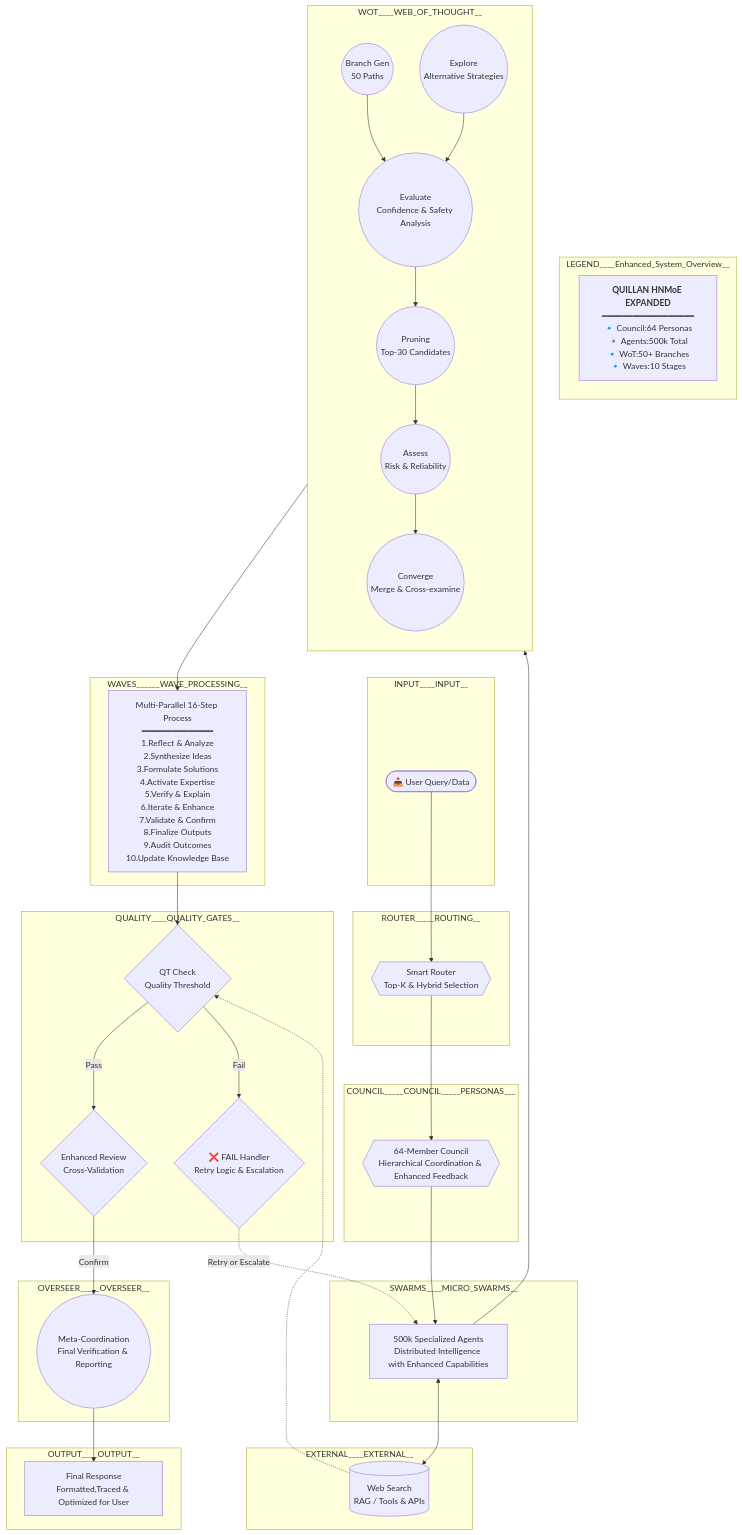
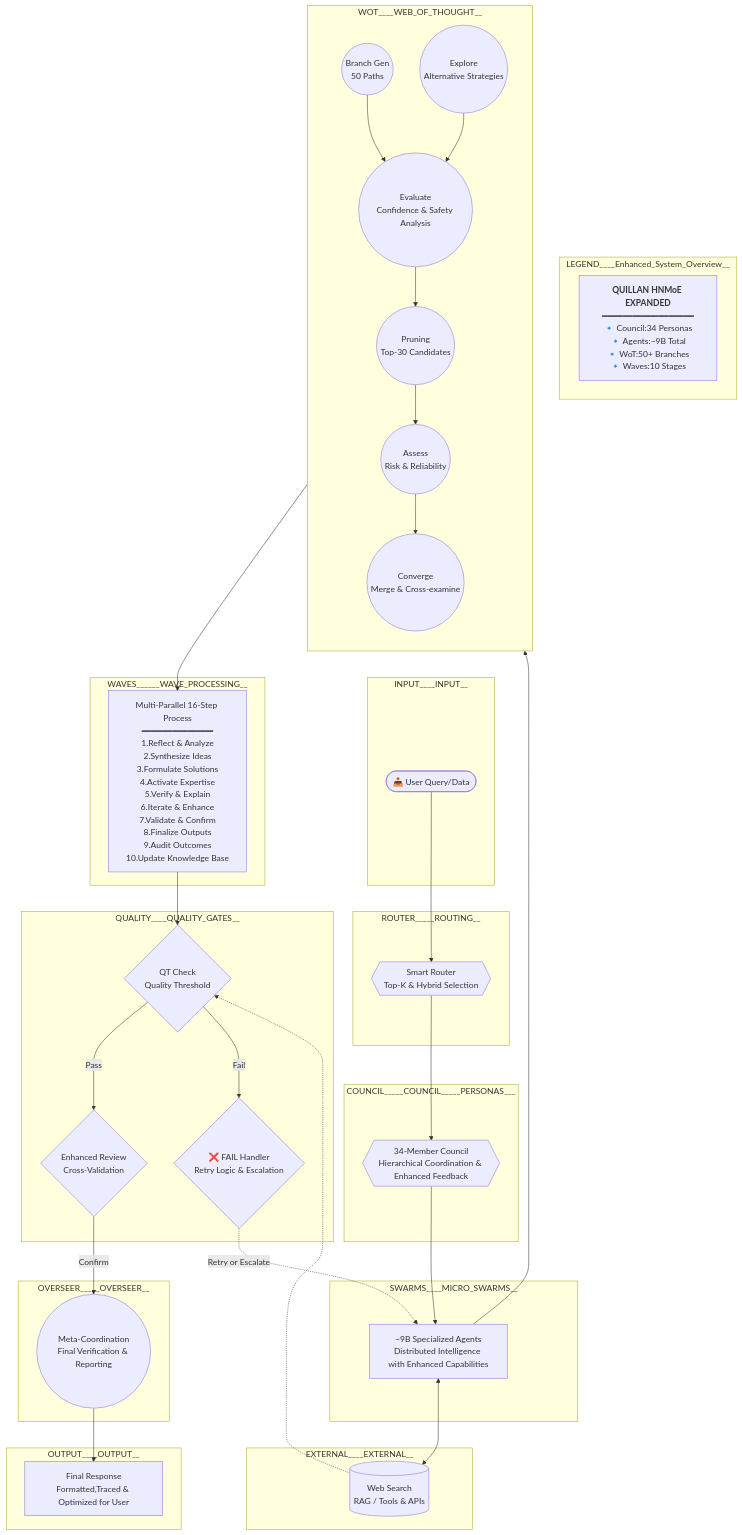
Before and after one commit to leeex1/Quillan-Ronin: the fifth of 5 diagrams in 06 - Deployment & Platforms/Platforms/Perplexity/1-Quillan_architecture_flowchart.md, drawn with Mermaid. The commit also changed other lines of this file and 166 other files, not shown here.

````diff
--- a/06 - Deployment & Platforms/Platforms/Perplexity/1-Quillan_architecture_flowchart.md
+++ b/06 - Deployment & Platforms/Platforms/Perplexity/1-Quillan_architecture_flowchart.md
@@ -793,76 +793,76 @@
 ```mermaid
 flowchart TD
 
     subgraph LEGEND____Enhanced_System_Overview__
-        L1["<b>QUILLAN HNMoE EXPANDED</b><br/>━━━━━━━━━━━━━━━━━━<br/>🔹 Council:64 Personas<br/>🔹 Agents:500k Total<br/>🔹 WoT:50+ Branches<br/>🔹 Waves:10 Stages"]
+        L1["<b>QUILLAN HNMoE EXPANDED</b><br/>━━━━━━━━━━━━━━━━━━<br/>🔹 Council:34 Personas<br/>🔹 Agents:~9B Total<br/>🔹 WoT:50+ Branches<br/>🔹 Waves:10 Stages"]
     end
 
     subgraph INPUT____INPUT__
         IN(["📥 User Query/Data"])
     end
 
     subgraph ROUTER_____ROUTING__
         RT{{"Smart Router<br/>Top-K & Hybrid Selection"}}
     end
 
     subgraph COUNCIL_____COUNCIL_____PERSONAS___
-        C{{"64-Member Council<br/>Hierarchical Coordination & Enhanced Feedback"}}
+        C{{"34-Member Council<br/>Hierarchical Coordination & Enhanced Feedback"}}
     end
 
     subgraph SWARMS____MICRO_SWARMS__
-        S["500k Specialized Agents<br/>Distributed Intelligence with Enhanced Capabilities"]
+        S["~9B Specialized Agents<br/>Distributed Intelligence with Enhanced Capabilities"]
     end
 
     subgraph WOT____WEB_OF_THOUGHT__
         direction TB
         B1(("Branch Gen<br/>50 Paths"))
         B2(("Explore<br/>Alternative Strategies"))
         E(("Evaluate<br/>Confidence & Safety Analysis"))
         P1(("Pruning<br/>Top-30 Candidates"))
         P2(("Assess<br/>Risk & Reliability"))
         M(("Converge<br/>Merge & Cross-examine"))
     end
 
     subgraph WAVES______WAVE_PROCESSING__
         W1["Multi-Parallel 16-Step Process<br/>━━━━━━━━━━━━━━<br/>1.Reflect & Analyze<br/>2.Synthesize Ideas<br/>3.Formulate Solutions<br/>4.Activate Expertise<br/>5.Verify & Explain<br/>6.Iterate & Enhance<br/>7.Validate & Confirm<br/>8.Finalize Outputs<br/>9.Audit Outcomes<br/>10.Update Knowledge Base"]
     end
 
     subgraph QUALITY____QUALITY_GATES__
         Q{"QT Check<br/>Quality Threshold"}
         Q1{"Enhanced Review<br/>Cross-Validation"}
         F{"❌ FAIL Handler<br/>Retry Logic & Escalation"}
     end
 
     subgraph EXTERNAL____EXTERNAL__
         X[("Web Search<br/>RAG / Tools & APIs")]
     end
 
     subgraph OVERSEER_____OVERSEER__
         O(("Meta-Coordination<br/>Final Verification & Reporting"))
     end
 
     subgraph OUTPUT____OUTPUT__
         OUT["Final Response<br/>Formatted,Traced & Optimized for User"]
     end
 
     IN --> RT
     RT --> C
     C --> S
     
     S --> B1
     B1 --> E --> P1 --> P2 --> M
     B2 --> E
     
     M --> W1
 
     S <--> X
     X -.-> Q
     
     W1 --> Q
     Q -- "Pass" --> Q1
     Q1 -- "Confirm" --> O
     Q -- "Fail" --> F
     F -.->|"Retry or Escalate"| S
     
     O --> OUT
 ```
````
